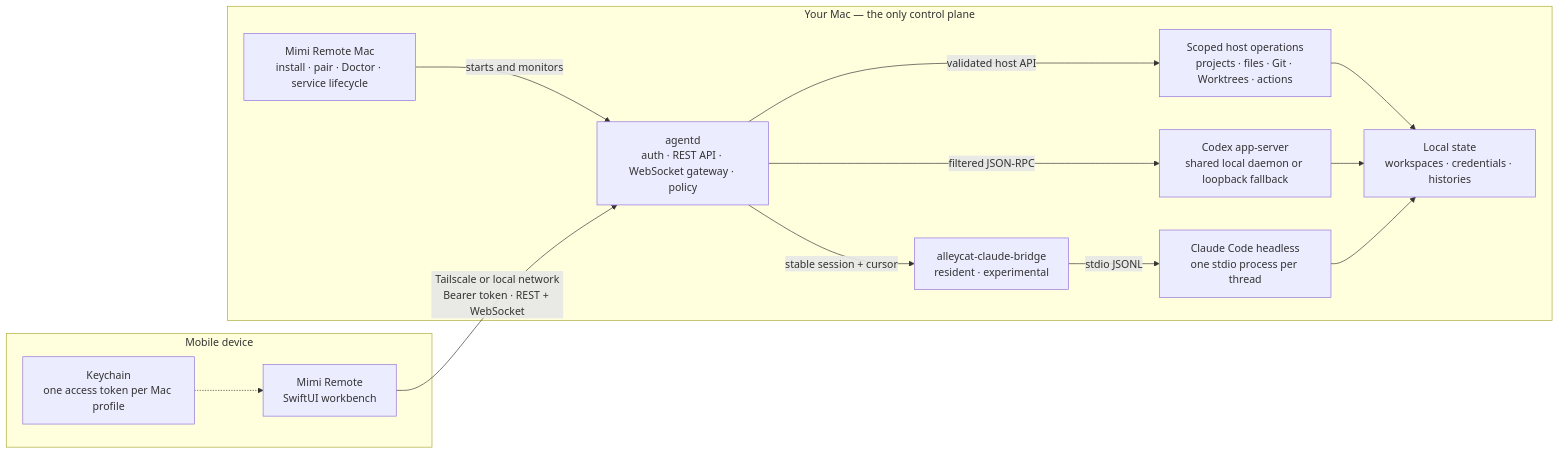
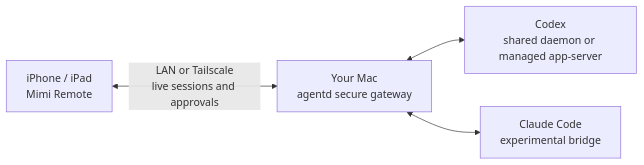
One commit to gaixianggeng/mimi-remote changed the diagram in README.md. Above: the diagram before and after it, drawn with Mermaid. The commit also changed other lines of this file and 1 other file, not shown here.

Commit message:
MIM-147 优化 README 截图与架构说明

````diff
--- a/README.md
+++ b/README.md
@@ -142,29 +142,11 @@
 ```mermaid
 flowchart LR
-    subgraph Mobile["Mobile device"]
-        App["Mimi Remote<br/>SwiftUI workbench"]
-        Keychain["Keychain<br/>one access token per Mac profile"]
-        Keychain -.-> App
-    end
+    Mobile["iPhone / iPad<br/>Mimi Remote"]
+    Gateway["Your Mac<br/>agentd secure gateway"]
+    Codex["Codex<br/>shared daemon or managed app-server"]
+    Claude["Claude Code<br/>experimental bridge"]
 
-    subgraph Mac["Your Mac — the only control plane"]
-        Host["Mimi Remote Mac<br/>install · pair · Doctor · service lifecycle"]
-        Agent["agentd<br/>auth · REST API · WebSocket gateway · policy"]
-        Local["Scoped host operations<br/>projects · files · Git · Worktrees · actions"]
-        Codex["Codex app-server<br/>shared local daemon or loopback fallback"]
-        Bridge["alleycat-claude-bridge<br/>resident · experimental"]
-        Claude["Claude Code headless<br/>one stdio process per thread"]
-        State["Local state<br/>workspaces · credentials · histories"]
-
-        Host -->|"starts and monitors"| Agent
-        Agent -->|"validated host API"| Local
-        Agent -->|"filtered JSON-RPC"| Codex
-        Agent -->|"stable session + cursor"| Bridge
-        Bridge -->|"stdio JSONL"| Claude
-        Local --> State
-        Codex --> State
-        Claude --> State
-    end
-
-    App -->|"Tailscale or local network<br/>Bearer token · REST + WebSocket"| Agent
+    Mobile <-->|"LAN or Tailscale<br/>live sessions and approvals"| Gateway
+    Gateway <--> Codex
+    Gateway <--> Claude
 ```
````
